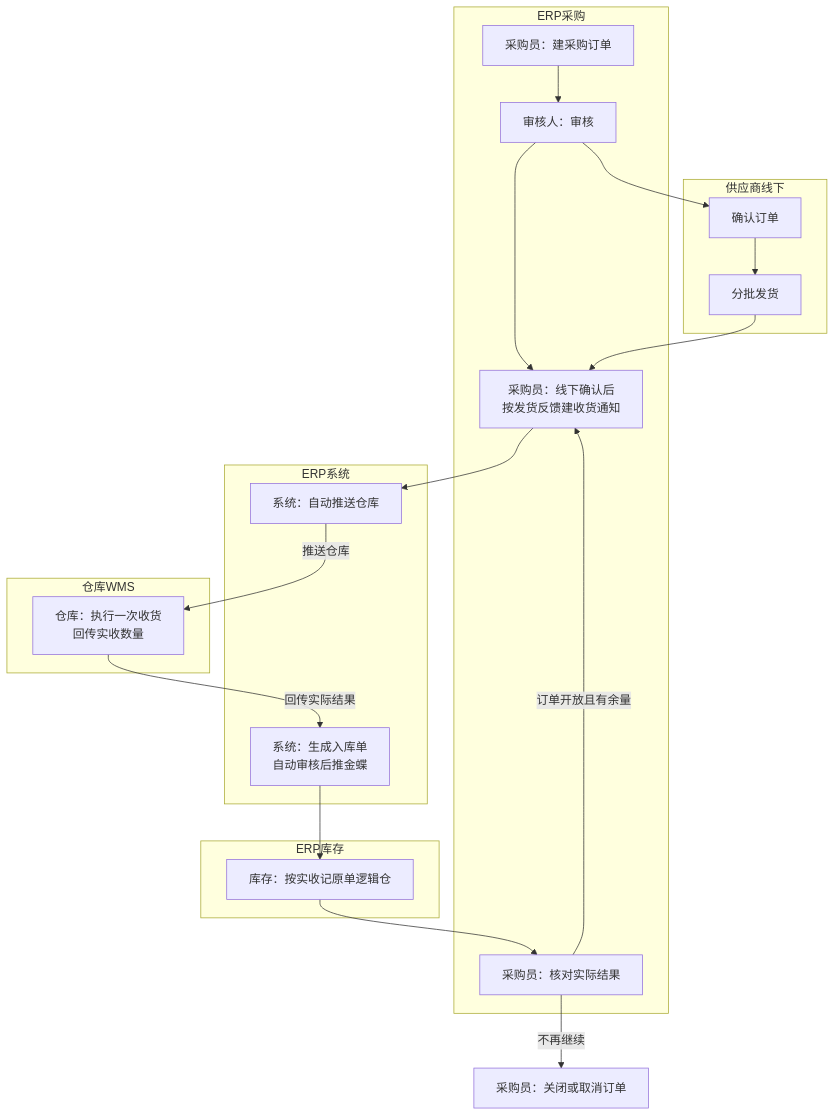
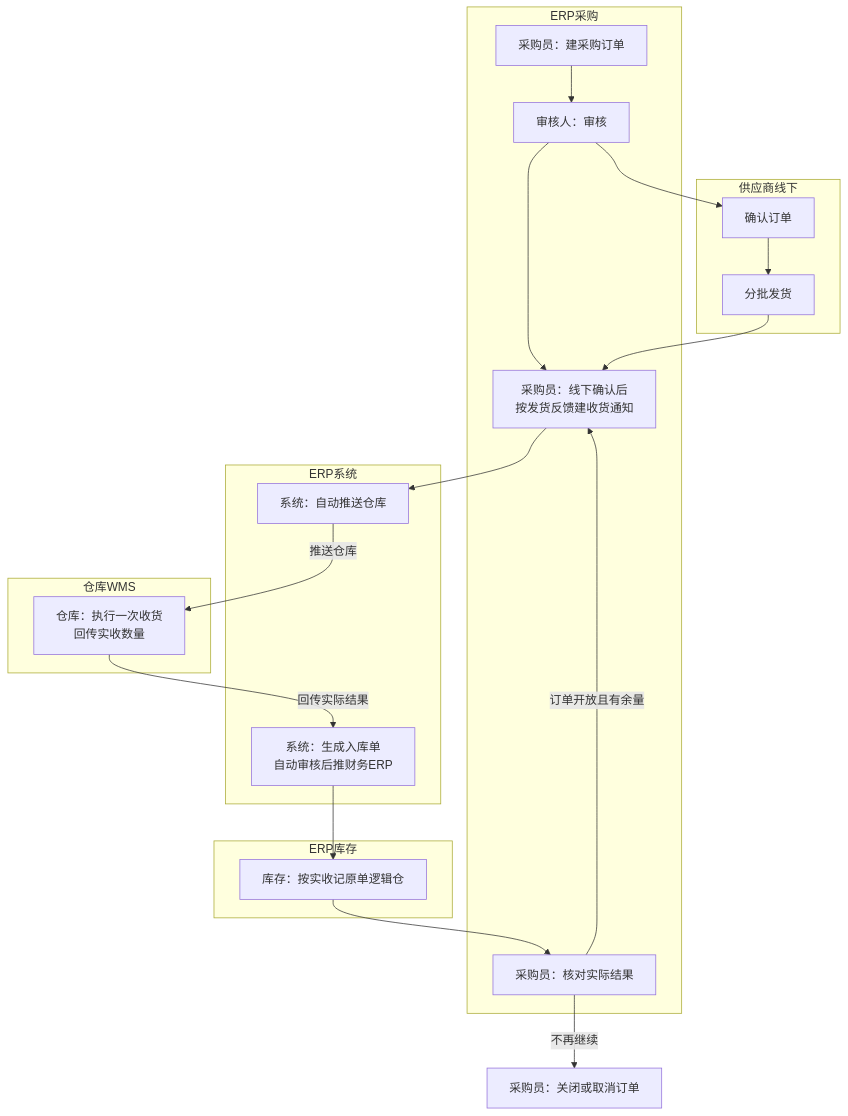
One commit to TopVitamin/QS-ERP-Project changed the first of 11 diagrams in 04-产品设计方案/20260812-ERP项目第一版框架搭建/系统架构和流程/01-系统流程与单据交互.md. Above: the diagram before and after it, drawn with Mermaid. The commit also changed other lines of this file and 354 other files, not shown here.

````diff
--- a/04-产品设计方案/20260812-ERP项目第一版框架搭建/系统架构和流程/01-系统流程与单据交互.md
+++ b/04-产品设计方案/20260812-ERP项目第一版框架搭建/系统架构和流程/01-系统流程与单据交互.md
@@ -19,30 +19,30 @@
 ```mermaid
 flowchart TB
     subgraph ERP采购
         P1[采购员：建采购订单] --> P2[审核人：审核]
         P2 --> P3[采购员：线下确认后<br/>按发货反馈建收货通知]
         P9[采购员：核对实际结果]
     end
     subgraph 供应商线下
         S1[确认订单] --> S2[分批发货]
     end
     subgraph ERP系统
         E1[系统：自动推送仓库]
-        E2[系统：生成入库单<br/>自动审核后推金蝶]
+        E2[系统：生成入库单<br/>自动审核后推财务ERP]
     end
     subgraph 仓库WMS
         W1[仓库：执行一次收货<br/>回传实收数量]
     end
     subgraph ERP库存
         I1[库存：按实收记原单逻辑仓]
     end
     P2 --> S1
     S2 --> P3
     P3 --> E1
     E1 -->|推送仓库| W1
     W1 -->|回传实际结果| E2
     E2 --> I1
     I1 --> P9
     P9 -->|订单开放且有余量| P3
     P9 -->|不再继续| P10[采购员：关闭或取消订单]
 ```
````
